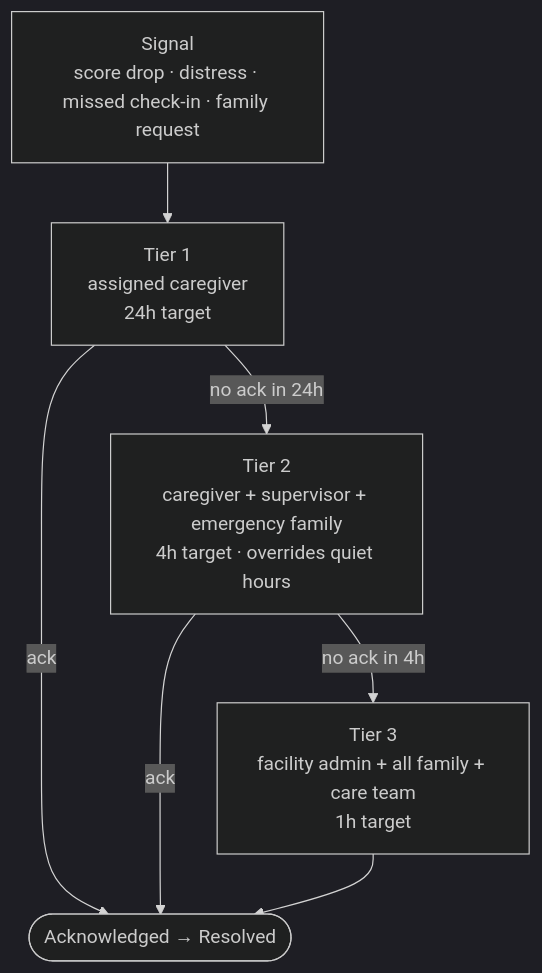
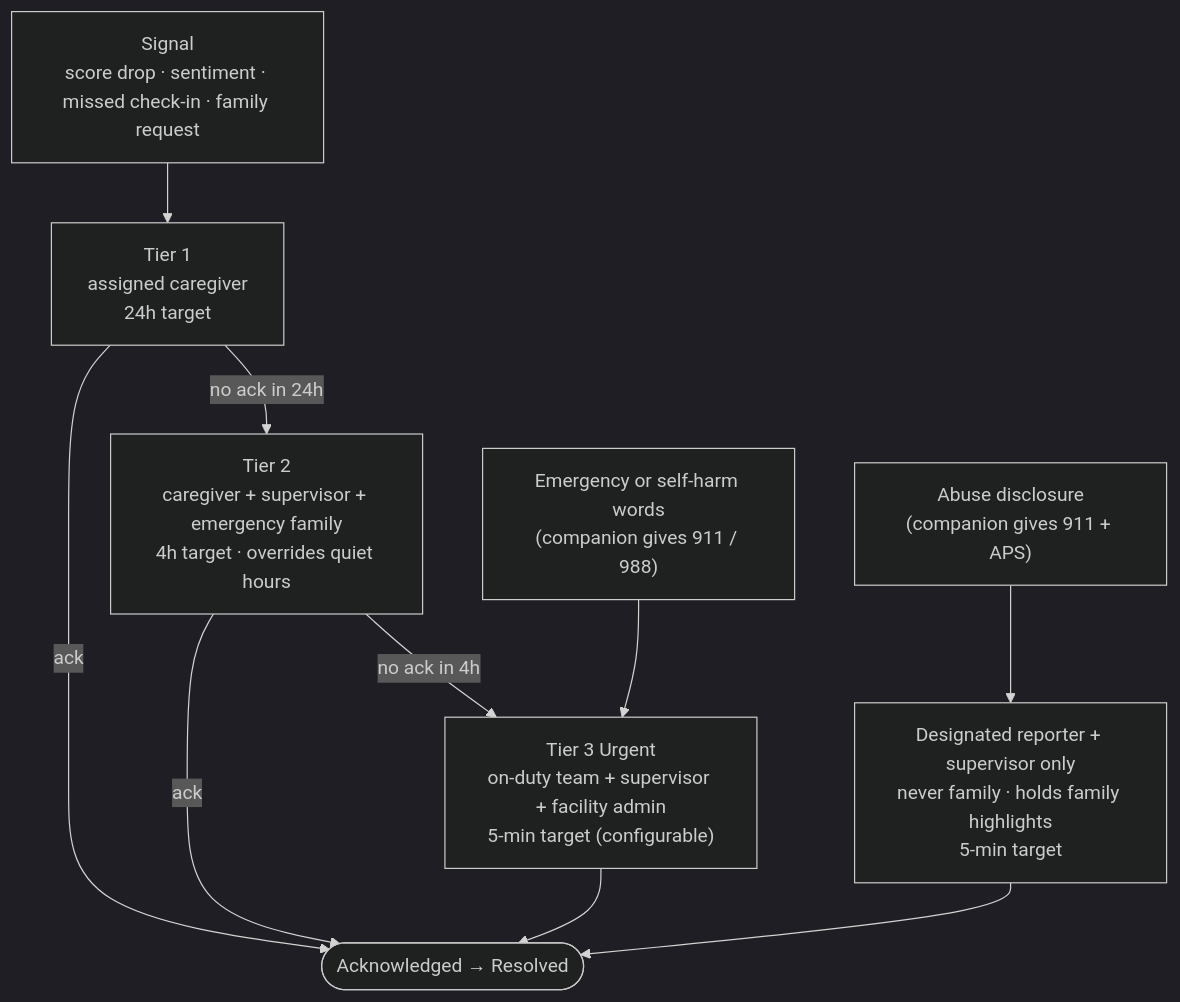
One commit to dougdevitre/access-for-seniors changed the fourth of 4 diagrams in docs/architecture.md. Above: the diagram before and after it, drawn with Mermaid (dark theme). The commit also changed 14 other files, not shown here.

First line of the commit message:
Route companion emergencies to 911/988 and keep abuse disclosures from family

````diff
--- a/docs/architecture.md
+++ b/docs/architecture.md
@@ -114,15 +114,21 @@
 ```mermaid
 flowchart TD
-    Trigger["Signal<br/>score drop · distress · missed check-in · family request"]
+    Trigger["Signal<br/>score drop · sentiment · missed check-in · family request"]
+    Urgent["Emergency or self-harm words<br/>(companion gives 911 / 988)"]
+    Abuse["Abuse disclosure<br/>(companion gives 911 + APS)"]
+    Reporter["Designated reporter + supervisor only<br/>never family · holds family highlights<br/>5-min target"]
     Tier1["Tier 1<br/>assigned caregiver<br/>24h target"]
     Tier2["Tier 2<br/>caregiver + supervisor + emergency family<br/>4h target · overrides quiet hours"]
-    Tier3["Tier 3<br/>facility admin + all family + care team<br/>1h target"]
+    Tier3["Tier 3 Urgent<br/>on-duty team + supervisor + facility admin<br/>5-min target (configurable)"]
     Resolved(["Acknowledged → Resolved"])
 
     Trigger --> Tier1
     Tier1 -->|ack| Resolved
     Tier1 -->|no ack in 24h| Tier2
     Tier2 -->|ack| Resolved
     Tier2 -->|no ack in 4h| Tier3
     Tier3 --> Resolved
+    Urgent --> Tier3
+    Abuse --> Reporter
+    Reporter --> Resolved
 ```
````
